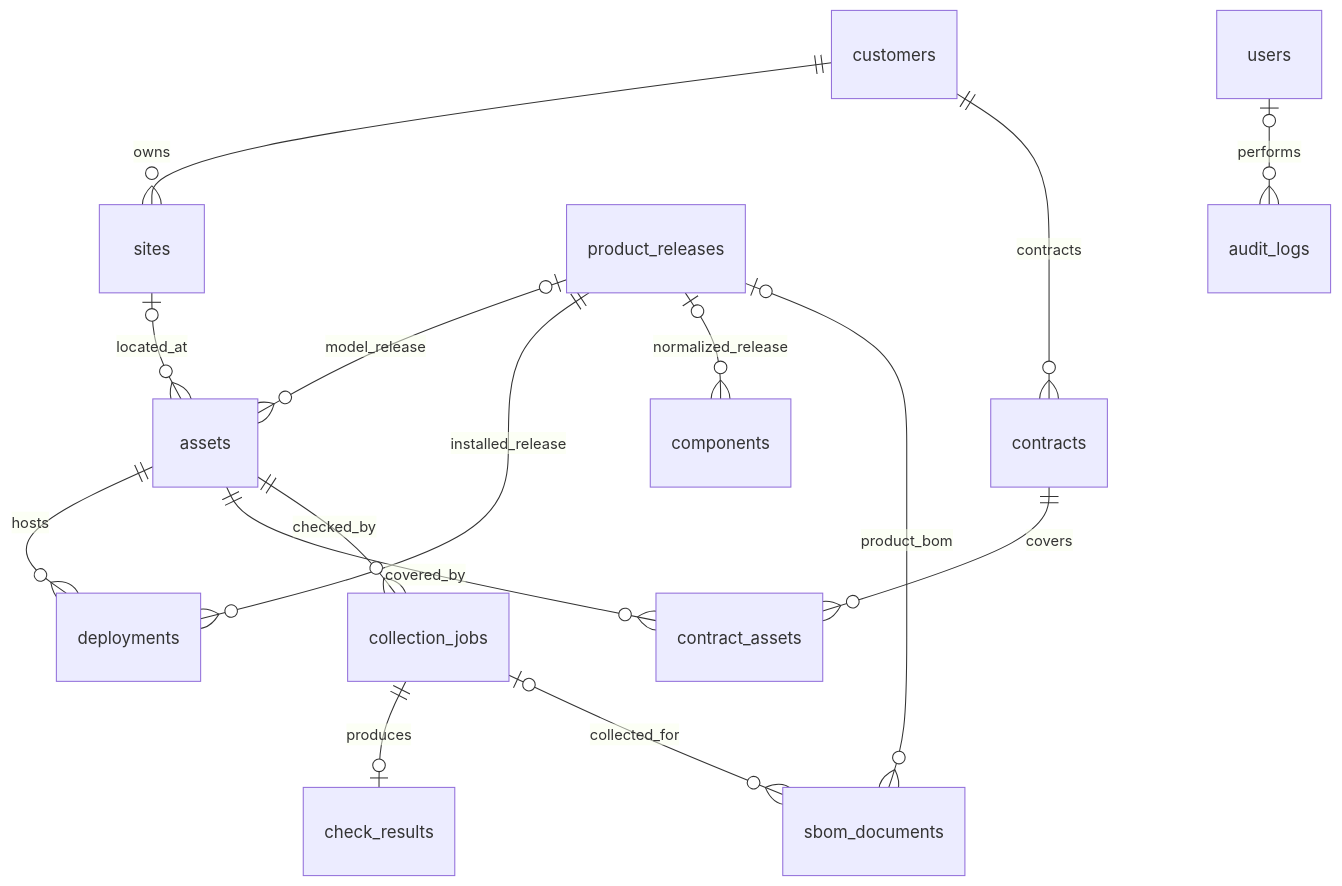
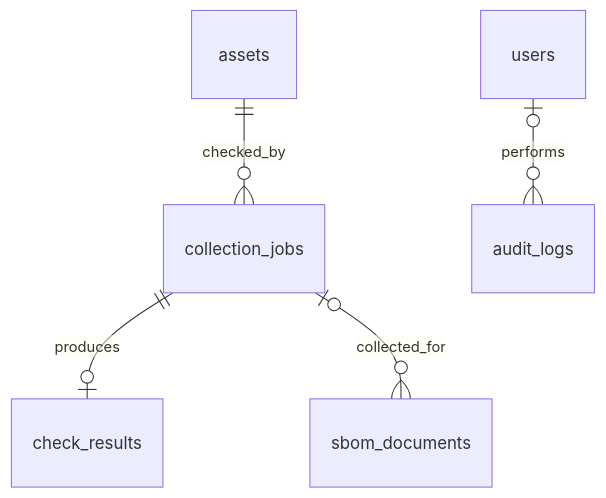
The second of 2 diagrams in docs/DATA_MODEL.md (adieud99/eolwatch), drawn with Mermaid before and after one commit. The commit also changed other lines of this file and 26 other files, not shown here.

````diff
--- a/docs/DATA_MODEL.md
+++ b/docs/DATA_MODEL.md
@@ -182,17 +217,7 @@
 ```mermaid
 erDiagram
-    customers ||--o{ sites : owns
-    sites o|--o{ assets : located_at
-    product_releases o|--o{ assets : model_release
-    assets ||--o{ deployments : hosts
-    product_releases ||--o{ deployments : installed_release
-    product_releases o|--o{ components : normalized_release
-    product_releases o|--o{ sbom_documents : product_bom
-    customers ||--o{ contracts : contracts
-    contracts ||--o{ contract_assets : covers
-    assets ||--o{ contract_assets : covered_by
     assets ||--o{ collection_jobs : checked_by
     collection_jobs ||--o| check_results : produces
     collection_jobs o|--o{ sbom_documents : collected_for
     users o|--o{ audit_logs : performs
 ```
````
